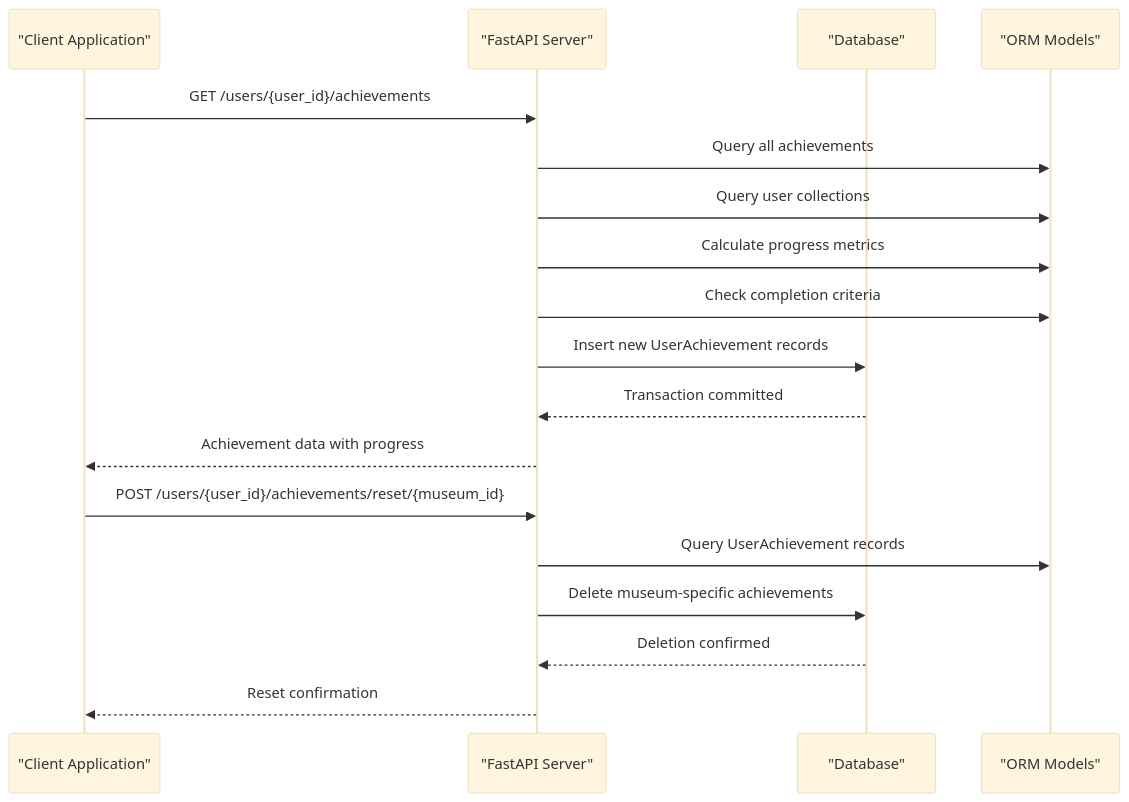
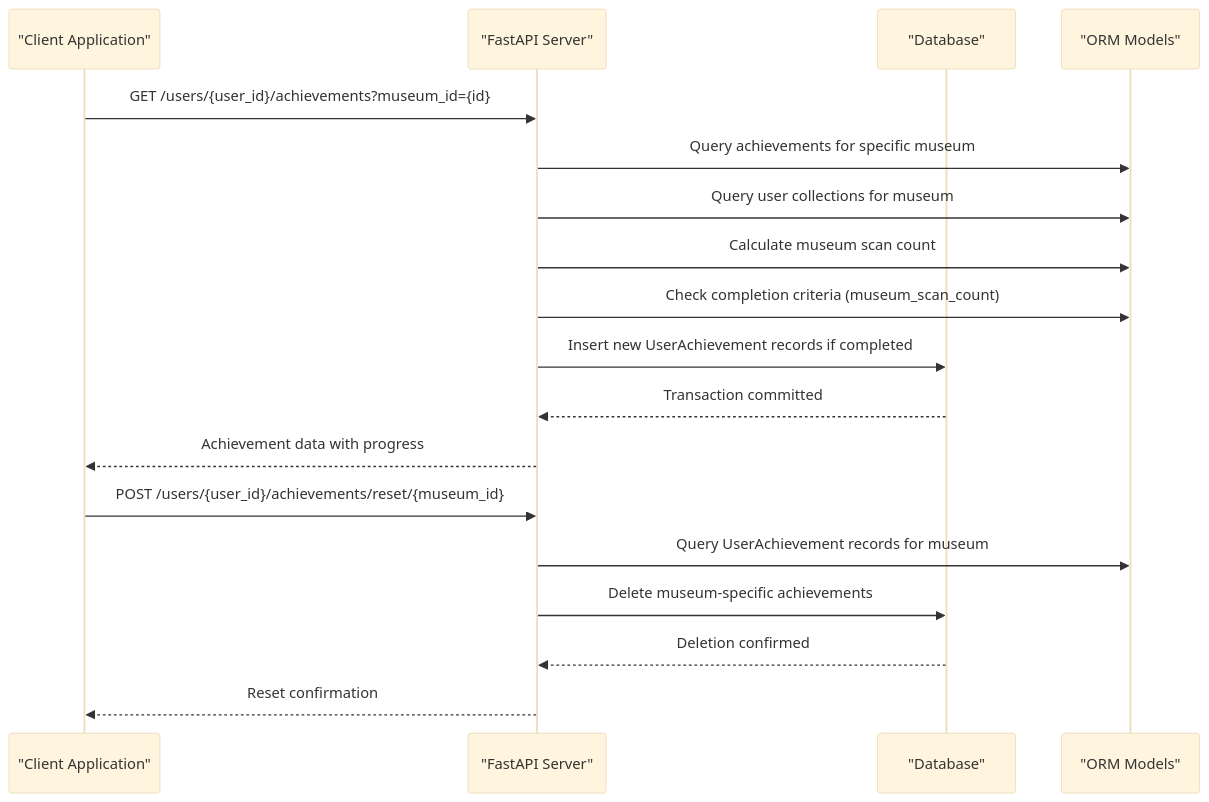
Before and after one commit to vinhle-HCMUT/MuseAmigo_API: the second of 7 diagrams in .qoder/repowiki/en/content/API Reference/Achievement System Endpoints.md, drawn with Mermaid (base theme). The commit also changed other lines of this file and 1 other file, not shown here.

````diff
--- a/.qoder/repowiki/en/content/API Reference/Achievement System Endpoints.md
+++ b/.qoder/repowiki/en/content/API Reference/Achievement System Endpoints.md
@@ -97,20 +106,20 @@
 ```mermaid
 sequenceDiagram
 participant Client as "Client Application"
 participant API as "FastAPI Server"
 participant DB as "Database"
 participant Models as "ORM Models"
-Client->>API : GET /users/{user_id}/achievements
-API->>Models : Query all achievements
-API->>Models : Query user collections
-API->>Models : Calculate progress metrics
-API->>Models : Check completion criteria
-API->>DB : Insert new UserAchievement records
+Client->>API : GET /users/{user_id}/achievements?museum_id={id}
+API->>Models : Query achievements for specific museum
+API->>Models : Query user collections for museum
+API->>Models : Calculate museum scan count
+API->>Models : Check completion criteria (museum_scan_count)
+API->>DB : Insert new UserAchievement records if completed
 DB-->>API : Transaction committed
 API-->>Client : Achievement data with progress
 Client->>API : POST /users/{user_id}/achievements/reset/{museum_id}
-API->>Models : Query UserAchievement records
+API->>Models : Query UserAchievement records for museum
 API->>DB : Delete museum-specific achievements
 DB-->>API : Deletion confirmed
 API-->>Client : Reset confirmation
 ```
````
